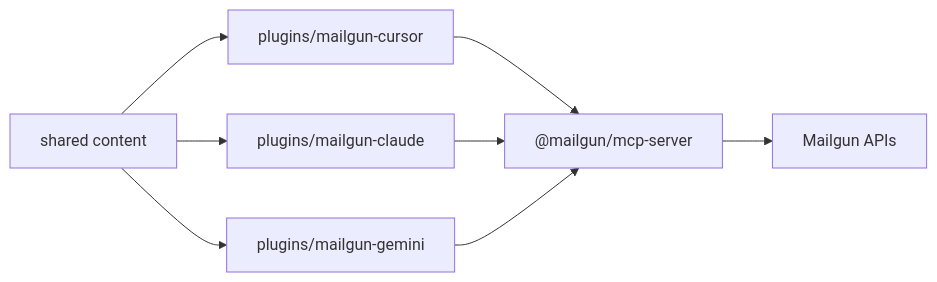
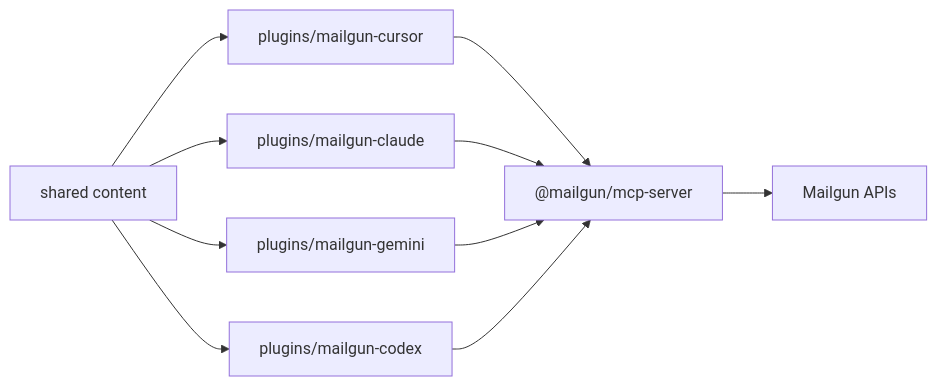
The diagram in docs/architecture.md (mailgun/mailgun-plugins), drawn with Mermaid before and after one commit. The commit also changed other lines of this file and 42 other files, not shown here.

````diff
--- a/docs/architecture.md
+++ b/docs/architecture.md
@@ -18,10 +18,12 @@
 ```mermaid
 flowchart LR
   Shared["shared content"] --> Cursor["plugins/mailgun-cursor"]
   Shared --> Claude["plugins/mailgun-claude"]
   Shared --> Gemini["plugins/mailgun-gemini"]
+  Shared --> Codex["plugins/mailgun-codex"]
   Cursor --> MCP["@mailgun/mcp-server"]
   Claude --> MCP
   Gemini --> MCP
+  Codex --> MCP
   MCP --> API["Mailgun APIs"]
 ```
````
